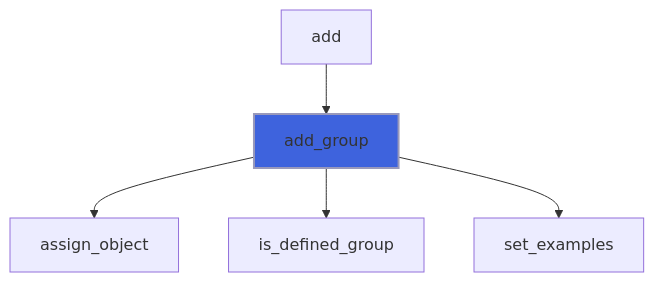
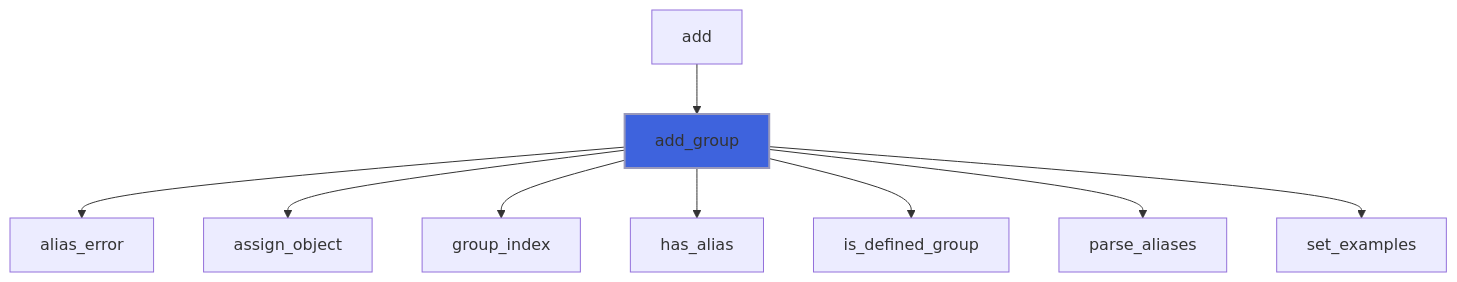
One commit to szaghi/FLAP changed the fifth of 57 diagrams in docs/api/src/lib/flap_command_line_interface_t.md. Above: the diagram before and after it, drawn with Mermaid. The commit also changed other lines of this file and 12 other files, not shown here.

First line of the commit message:
feat(cli): subcommand aliases, add_group(aliases=)

````diff
--- a/docs/api/src/lib/flap_command_line_interface_t.md
+++ b/docs/api/src/lib/flap_command_line_interface_t.md
@@ -316,8 +323,12 @@
 ```mermaid
 flowchart TD
   add["add"] --> add_group["add_group"]
+  add_group["add_group"] --> alias_error["alias_error"]
   add_group["add_group"] --> assign_object["assign_object"]
+  add_group["add_group"] --> group_index["group_index"]
+  add_group["add_group"] --> has_alias["has_alias"]
   add_group["add_group"] --> is_defined_group["is_defined_group"]
+  add_group["add_group"] --> parse_aliases["parse_aliases"]
   add_group["add_group"] --> set_examples["set_examples"]
   style add_group fill:#3e63dd,stroke:#99b,stroke-width:2px
 ```
````
